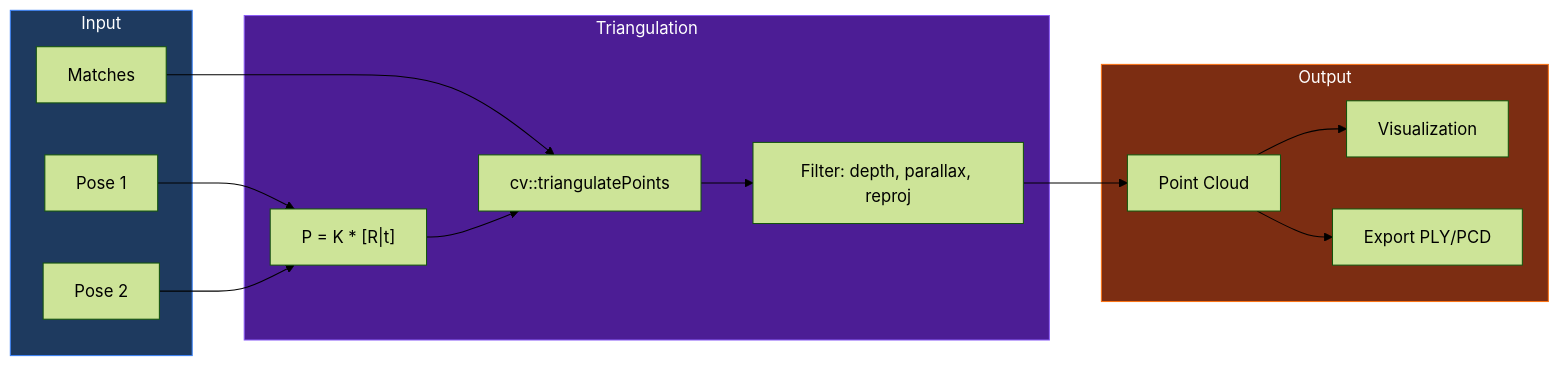
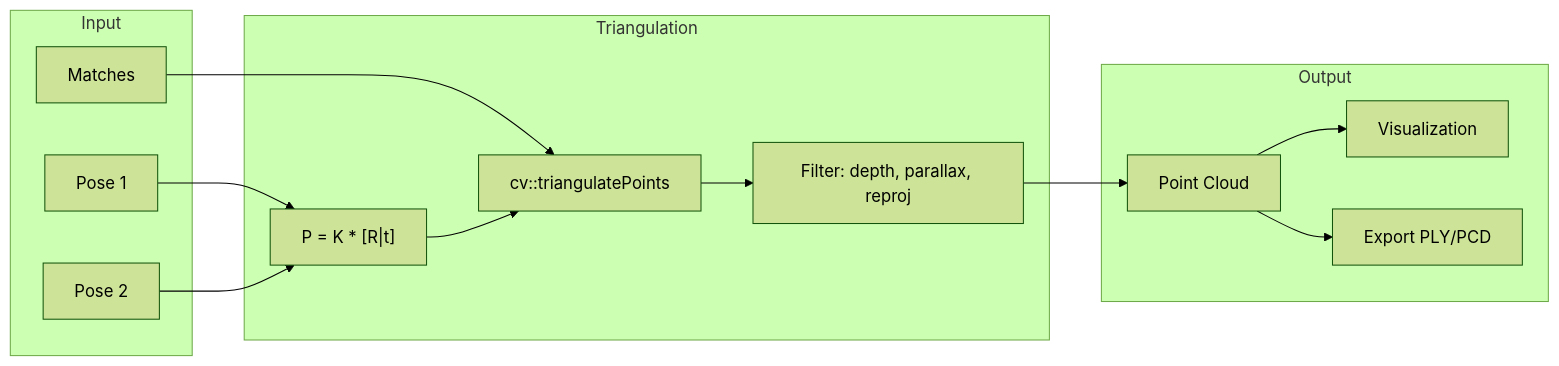
The ninth of 10 diagrams in README.md (robertteleng/aria-slam), drawn with Mermaid (forest theme) before and after one commit. The commit also changed other lines of this file, not shown here.

Commit message:
docs: add glossary section and fix Mermaid syntax

````diff
--- a/README.md
+++ b/README.md
@@ -460,31 +391,27 @@
 ```mermaid
 flowchart LR
     subgraph Input
         M1[Matches]
         P1[Pose 1]
         P2[Pose 2]
     end
 
     subgraph Triangulation
         PROJ["P = K * [R|t]"]
         TRI[cv::triangulatePoints]
-        FILT["Filter: depth, parallax, reproj"]
+        FILT[Filter: depth, parallax, reproj]
     end
 
     subgraph Output
         PC[Point Cloud]
         VIS[Visualization]
         EXP[Export PLY/PCD]
     end
 
     M1 --> TRI
     P1 --> PROJ --> TRI
     P2 --> PROJ
     TRI --> FILT --> PC
     PC --> VIS
     PC --> EXP
-
-    style Input fill:#1e3a5f,stroke:#3b82f6,color:#fff
-    style Triangulation fill:#4c1d95,stroke:#8b5cf6,color:#fff
-    style Output fill:#7c2d12,stroke:#f97316,color:#fff
 ```
````
